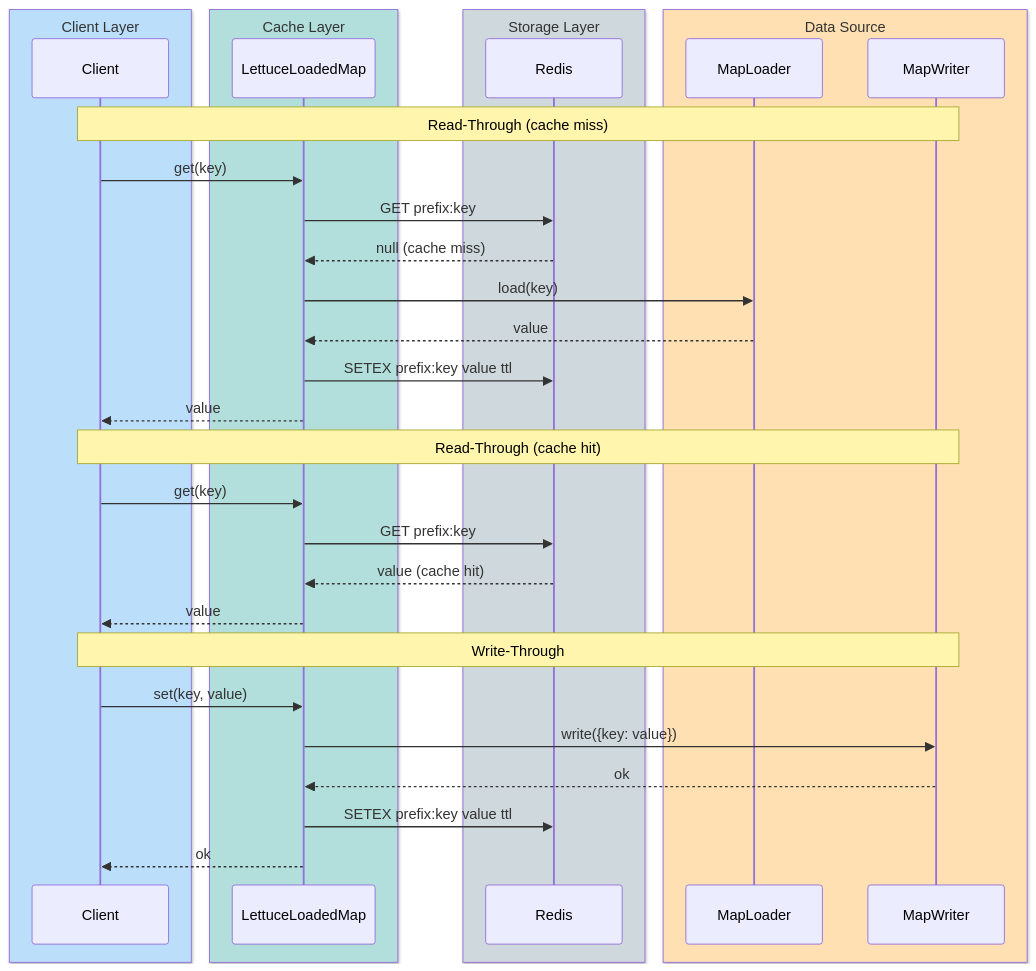
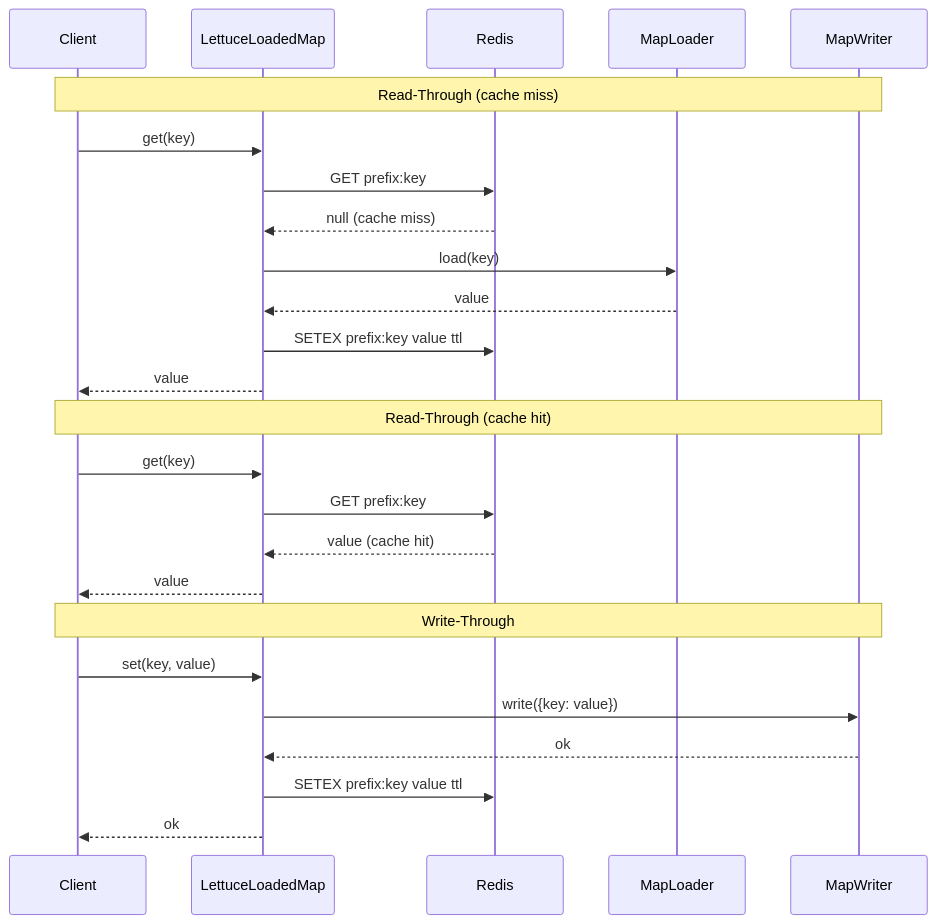
Before and after one commit to bluetape4k/bluetape4k-projects: the second of 3 diagrams in infra/lettuce/README.md, drawn with Mermaid. The commit also changed other lines of this file and 219 other files, not shown here.

First line of the commit message:
docs: 전체 README Mermaid 다이어그램 가이드 적용

````diff
--- a/infra/lettuce/README.md
+++ b/infra/lettuce/README.md
@@ -399,35 +399,27 @@
 ```mermaid
 sequenceDiagram
-    box rgb(187,222,251) Client Layer
     participant Client
-    end
-    box rgb(178,223,219) Cache Layer
     participant LettuceLoadedMap
-    end
-    box rgb(207,216,220) Storage Layer
     participant Redis
-    end
-    box rgb(255,224,178) Data Source
     participant MapLoader
     participant MapWriter
-    end
     Note over Client, MapWriter: Read-Through (cache miss)
     Client ->> LettuceLoadedMap: get(key)
     LettuceLoadedMap ->> Redis: GET prefix:key
     Redis -->> LettuceLoadedMap: null (cache miss)
     LettuceLoadedMap ->> MapLoader: load(key)
     MapLoader -->> LettuceLoadedMap: value
     LettuceLoadedMap ->> Redis: SETEX prefix:key value ttl
     LettuceLoadedMap -->> Client: value
     Note over Client, MapWriter: Read-Through (cache hit)
     Client ->> LettuceLoadedMap: get(key)
     LettuceLoadedMap ->> Redis: GET prefix:key
     Redis -->> LettuceLoadedMap: value (cache hit)
     LettuceLoadedMap -->> Client: value
     Note over Client, MapWriter: Write-Through
     Client ->> LettuceLoadedMap: set(key, value)
     LettuceLoadedMap ->> MapWriter: write({key: value})
     MapWriter -->> LettuceLoadedMap: ok
     LettuceLoadedMap ->> Redis: SETEX prefix:key value ttl
     LettuceLoadedMap -->> Client: ok
 ```
````
